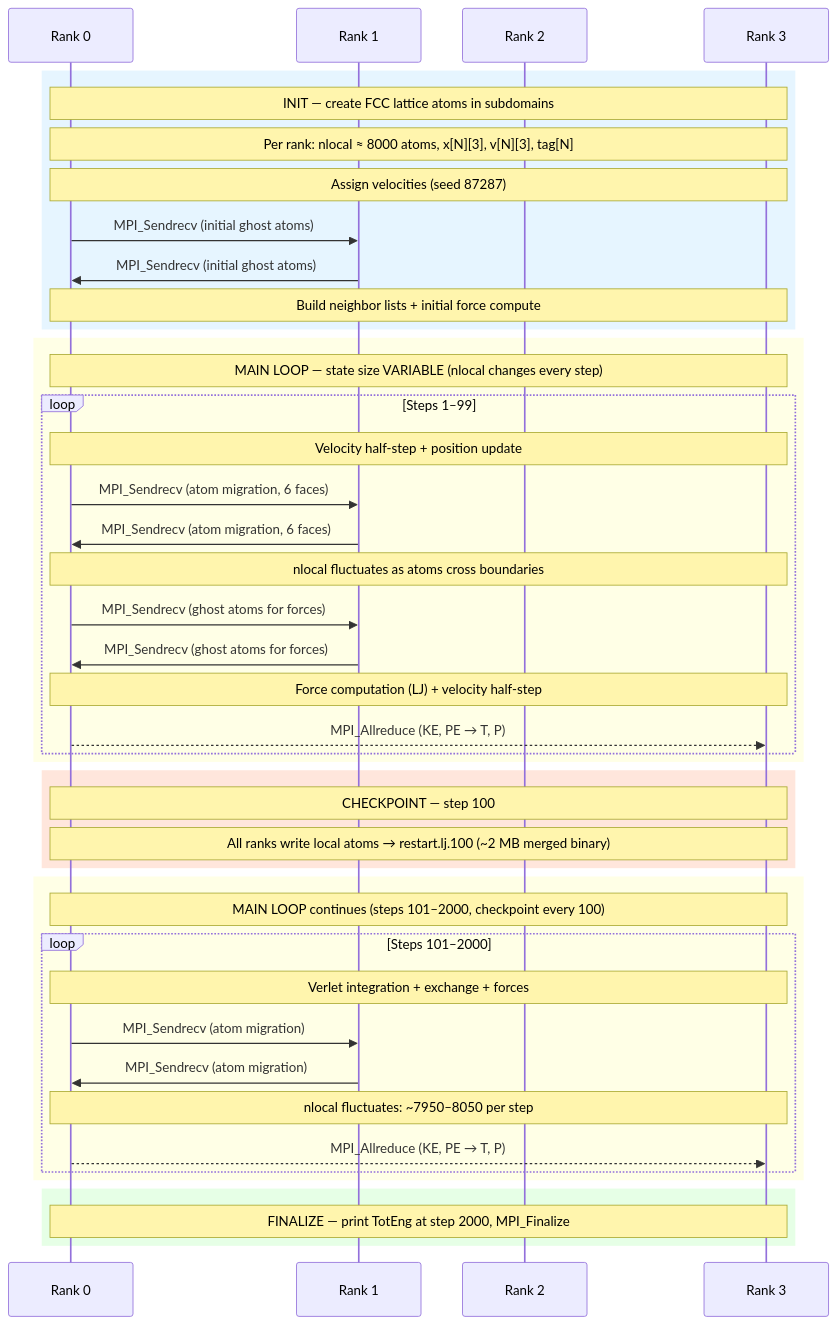
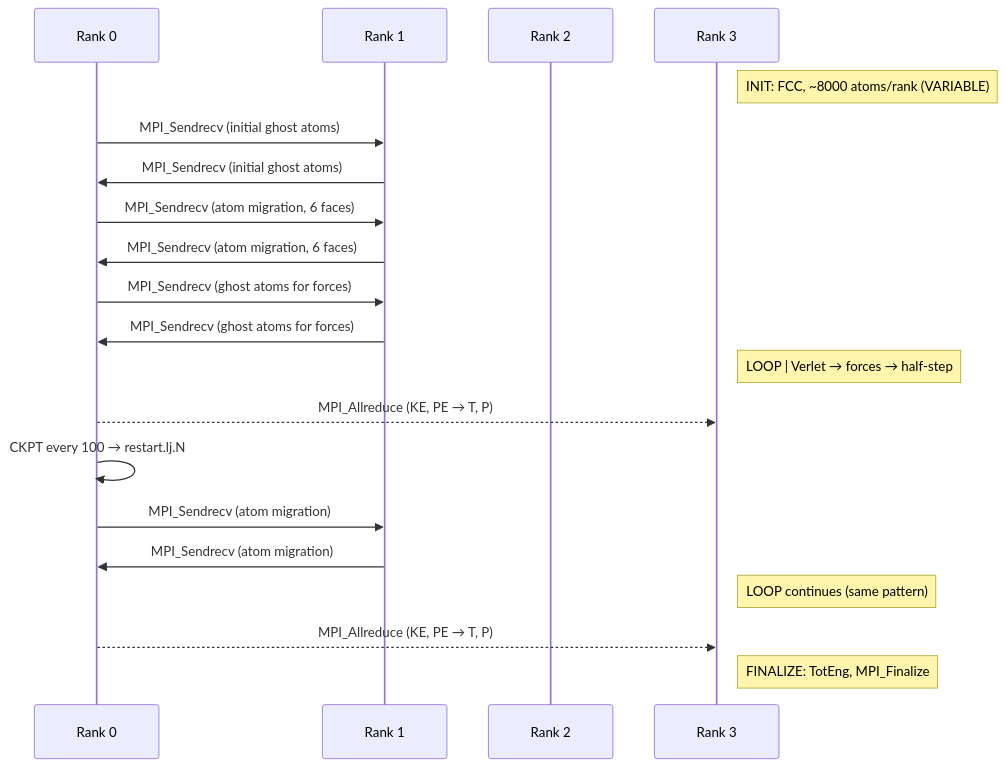
One commit to ngduchai/guard-agent changed the third of 3 diagrams in tests/apps/docs/LAMMPS/README.md. Above: the diagram before and after it, drawn with Mermaid. The commit also changed other lines of this file and 43 other files, not shown here.

````diff
--- a/tests/apps/docs/LAMMPS/README.md
+++ b/tests/apps/docs/LAMMPS/README.md
@@ -127,50 +126,26 @@
 ```mermaid
 sequenceDiagram
     participant R0 as Rank 0
     participant R1 as Rank 1
     participant R2 as Rank 2
     participant R3 as Rank 3
 
-    rect rgb(230,245,255)
-    Note over R0,R3: INIT — create FCC lattice atoms in subdomains
-    Note over R0,R3: Per rank: nlocal ≈ 8000 atoms, x[N][3], v[N][3], tag[N]
-    Note over R0,R3: Assign velocities (seed 87287)
+    Note right of R3: INIT: FCC, ~8000 atoms/rank (VARIABLE)
     R0->>R1: MPI_Sendrecv (initial ghost atoms)
     R1->>R0: MPI_Sendrecv (initial ghost atoms)
-    Note over R0,R3: Build neighbor lists + initial force compute
-    end
+    R0->>R1: MPI_Sendrecv (atom migration, 6 faces)
+    R1->>R0: MPI_Sendrecv (atom migration, 6 faces)
+    R0->>R1: MPI_Sendrecv (ghost atoms for forces)
+    R1->>R0: MPI_Sendrecv (ghost atoms for forces)
+    Note right of R3: LOOP | Verlet → forces → half-step
+    R0-->>R3: MPI_Allreduce (KE, PE → T, P)
 
-    rect rgb(255,255,230)
-    Note over R0,R3: MAIN LOOP — state size VARIABLE (nlocal changes every step)
-    loop Steps 1–99
-        Note over R0,R3: Velocity half-step + position update
-        R0->>R1: MPI_Sendrecv (atom migration, 6 faces)
-        R1->>R0: MPI_Sendrecv (atom migration, 6 faces)
-        Note over R0,R3: nlocal fluctuates as atoms cross boundaries
-        R0->>R1: MPI_Sendrecv (ghost atoms for forces)
-        R1->>R0: MPI_Sendrecv (ghost atoms for forces)
-        Note over R0,R3: Force computation (LJ) + velocity half-step
-        R0-->>R3: MPI_Allreduce (KE, PE → T, P)
-    end
-    end
+    R0->>R0: CKPT every 100 → restart.lj.N
 
-    rect rgb(255,230,220)
-    Note over R0,R3: CHECKPOINT — step 100
-    Note over R0,R3: All ranks write local atoms → restart.lj.100 (~2 MB merged binary)
-    end
+    R0->>R1: MPI_Sendrecv (atom migration)
+    R1->>R0: MPI_Sendrecv (atom migration)
+    Note right of R3: LOOP continues (same pattern)
+    R0-->>R3: MPI_Allreduce (KE, PE → T, P)
 
-    rect rgb(255,255,230)
-    Note over R0,R3: MAIN LOOP continues (steps 101–2000, checkpoint every 100)
-    loop Steps 101–2000
-        Note over R0,R3: Verlet integration + exchange + forces
-        R0->>R1: MPI_Sendrecv (atom migration)
-        R1->>R0: MPI_Sendrecv (atom migration)
-        Note over R0,R3: nlocal fluctuates: ~7950–8050 per step
-        R0-->>R3: MPI_Allreduce (KE, PE → T, P)
-    end
-    end
-
-    rect rgb(230,255,230)
-    Note over R0,R3: FINALIZE — print TotEng at step 2000, MPI_Finalize
-    end
+    Note right of R3: FINALIZE: TotEng, MPI_Finalize
 ```
````
